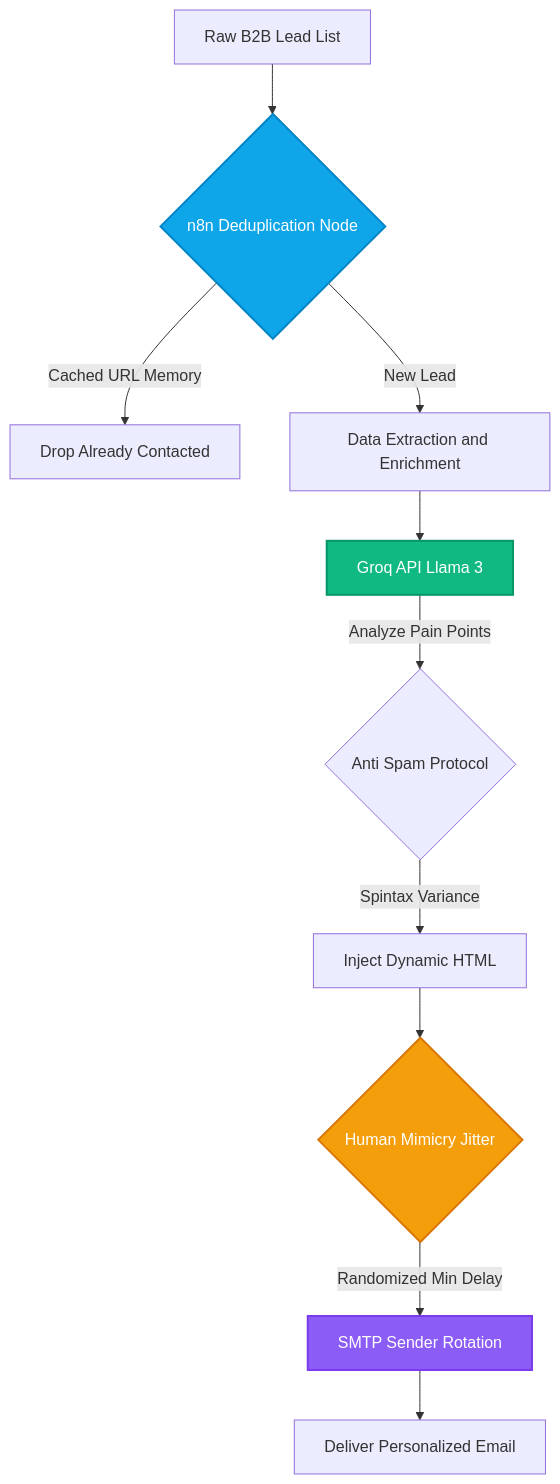
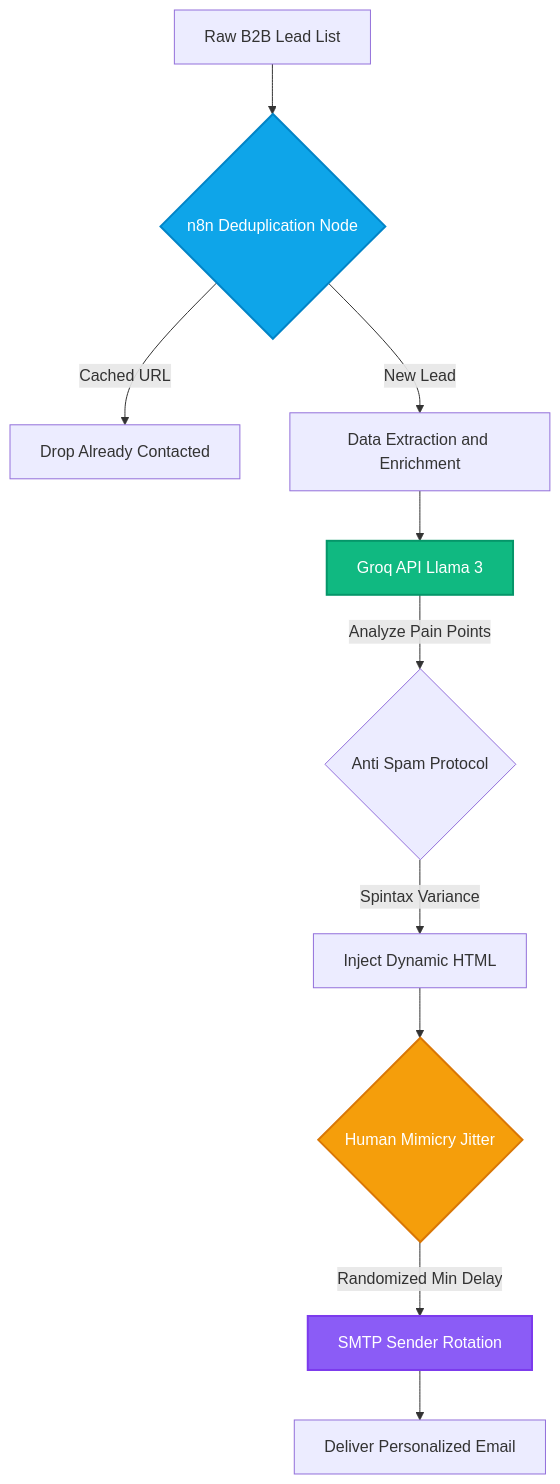
The diagram in README.md (alirosyid/stateful-abm-engine), drawn with Mermaid before and after one commit.

````diff
--- a/README.md
+++ b/README.md
@@ -13,17 +13,31 @@
 ```mermaid
 graph TD
-    A[Raw B2B Lead List] --> B{n8n Deduplication Node}
-    B -->|Cached URL Memory| Z[Drop Already Contacted]
-    B -->|New Lead| C[Data Extraction and Enrichment]
-    C --> D[Groq API Llama 3]
-    D -->|Analyze Pain Points| E{Anti Spam Protocol}
-    E -->|Spintax Variance| F[Inject Dynamic HTML]
-    F --> G{Human Mimicry Jitter}
-    G -->|Randomized Min Delay| H[SMTP Sender Rotation]
-    H --> I[Deliver Personalized Email]
+    %% 1. DEFINISI NODE (Deklarasi eksplisit agar parser GitHub tidak crash)
+    A[Raw B2B Lead List]
+    B{n8n Deduplication Node}
+    Z[Drop Already Contacted]
+    C[Data Extraction and Enrichment]
+    D[Groq API Llama 3]
+    E{Anti Spam Protocol}
+    F[Inject Dynamic HTML]
+    G{Human Mimicry Jitter}
+    H[SMTP Sender Rotation]
+    I[Deliver Personalized Email]
+
+    %% 2. DEFINISI KONEKSI (Hanya merujuk pada variabel ID)
+    A --> B
+    B -->|Cached URL| Z
+    B -->|New Lead| C
+    C --> D
+    D -->|Analyze Pain Points| E
+    E -->|Spintax Variance| F
+    F --> G
+    G -->|Randomized Min Delay| H
+    H --> I
     
-    style B fill:#0ea5e9,stroke:#0284c7,stroke-width:2px,color:#fff
-    style D fill:#10b981,stroke:#059669,stroke-width:2px,color:#fff
-    style G fill:#f59e0b,stroke:#d97706,stroke-width:2px,color:#fff
-    style H fill:#8b5cf6,stroke:#7c3aed,stroke-width:2px,color:#fff
+    %% 3. STYLING (Wajib menggunakan 6-digit Hex Code #ffffff)
+    style B fill:#0ea5e9,stroke:#0284c7,stroke-width:2px,color:#ffffff
+    style D fill:#10b981,stroke:#059669,stroke-width:2px,color:#ffffff
+    style G fill:#f59e0b,stroke:#d97706,stroke-width:2px,color:#ffffff
+    style H fill:#8b5cf6,stroke:#7c3aed,stroke-width:2px,color:#ffffff
 ```
````
